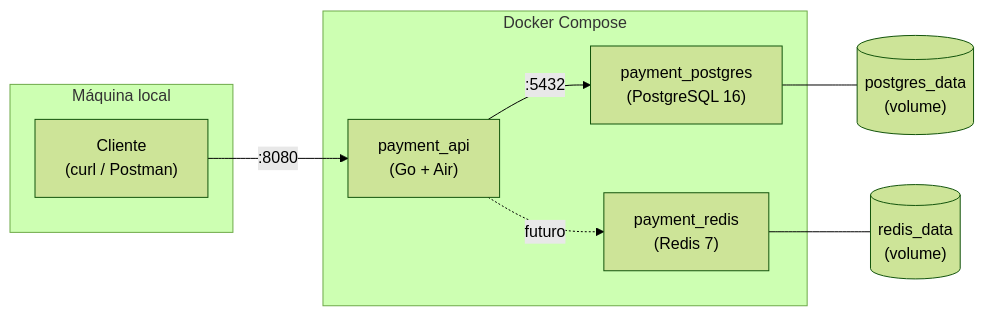
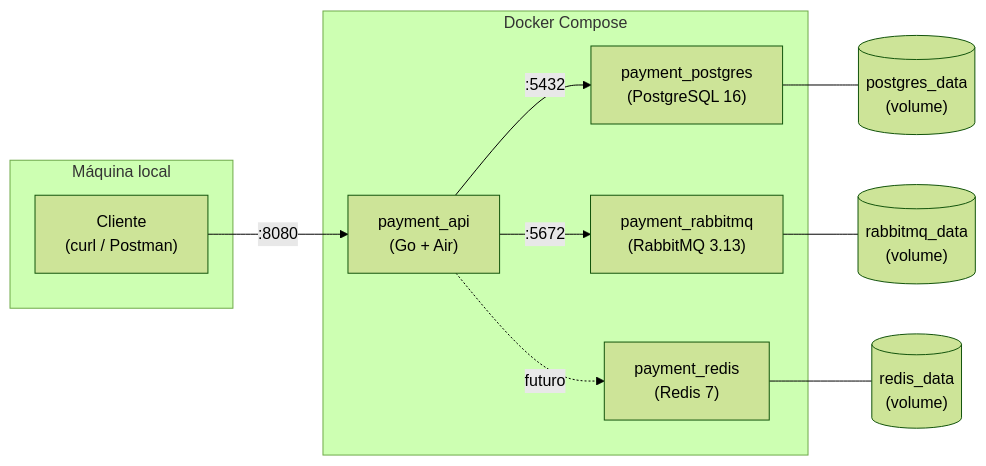
One commit to VictordaSilvaf/payment_service changed the fourth of 5 diagrams in README.md. Above: the diagram before and after it, drawn with Mermaid (forest theme). The commit also changed other lines of this file and 13 other files, not shown here.

````diff
--- a/README.md
+++ b/README.md
@@ -182,19 +185,22 @@
 ```mermaid
 flowchart LR
     subgraph Host["Máquina local"]
         Client["Cliente\n(curl / Postman)"]
     end
 
     subgraph Docker["Docker Compose"]
         API["payment_api\n(Go + Air)"]
         PG["payment_postgres\n(PostgreSQL 16)"]
         RD["payment_redis\n(Redis 7)"]
+        RMQ["payment_rabbitmq\n(RabbitMQ 3.13)"]
     end
 
     Client -->|:8080| API
     API -->|:5432| PG
+    API -->|:5672| RMQ
     API -.->|futuro| RD
 
     PG --- VolPG[("postgres_data\n(volume)")]
     RD --- VolRD[("redis_data\n(volume)")]
+    RMQ --- VolRMQ[("rabbitmq_data\n(volume)")]
 ```
````
